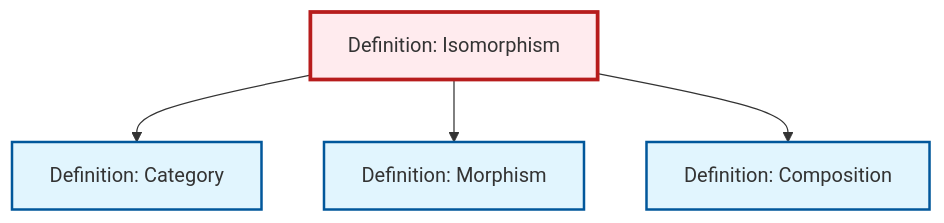
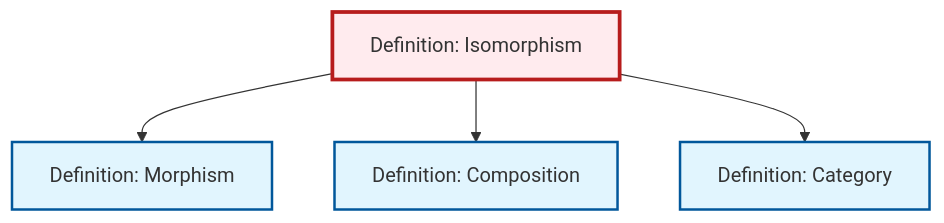
The diagram in content/en/category-theory/def-isomorphism.qmd (RK0429/ModernMath), drawn with Mermaid before and after one commit. The commit also changed other lines of this file and 434 other files, not shown here.

````diff
--- a/content/en/category-theory/def-isomorphism.qmd
+++ b/content/en/category-theory/def-isomorphism.qmd
@@ -82,20 +82,20 @@
 ```{mermaid}
 %%| fig-cap: "Local dependency graph"
 graph TD
     classDef definition fill:#e1f5fe,stroke:#01579b,stroke-width:2px
     classDef theorem fill:#f3e5f5,stroke:#4a148c,stroke-width:2px
     classDef axiom fill:#fff3e0,stroke:#e65100,stroke-width:2px
     classDef example fill:#e8f5e9,stroke:#1b5e20,stroke-width:2px
     classDef current fill:#ffebee,stroke:#b71c1c,stroke-width:3px
-    def-category["Definition: Category"]:::definition
     def-morphism["Definition: Morphism"]:::definition
     def-isomorphism["Definition: Isomorphism"]:::definition
     def-composition["Definition: Composition"]:::definition
-    def-isomorphism --> def-category
+    def-category["Definition: Category"]:::definition
     def-isomorphism --> def-morphism
     def-isomorphism --> def-composition
+    def-isomorphism --> def-category
     class def-isomorphism current
-    click def-category "def-category.html" "Go to Category definition"
     click def-morphism "def-morphism.html" "Go to Morphism definition"
     click def-composition "def-composition.html" "Go to Composition definition"
+    click def-category "def-category.html" "Go to Category definition"
 ```
````
